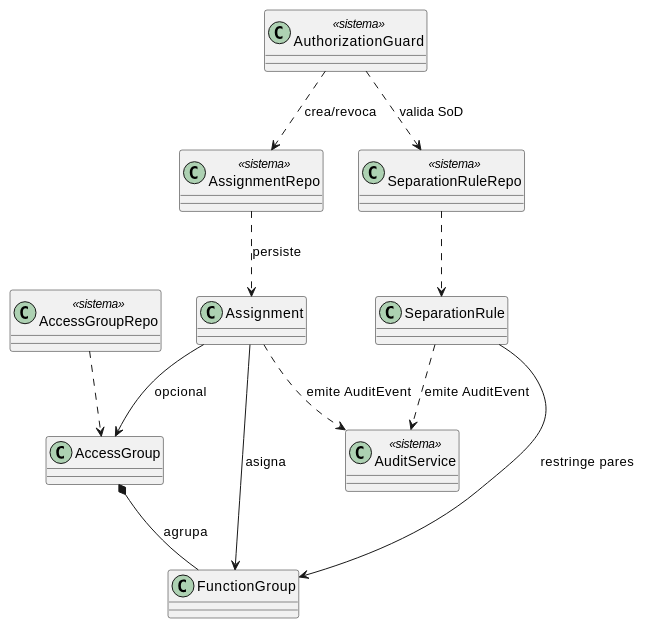
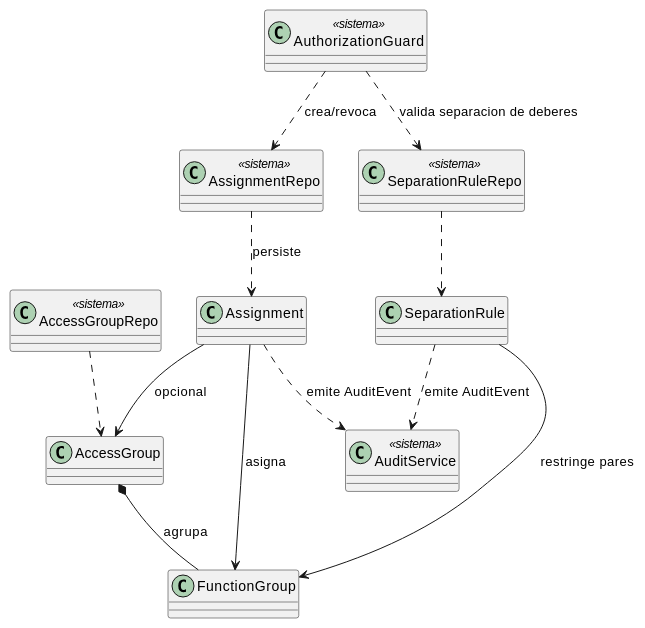
One commit to jcg-admin/IACT-docs changed the diagram in source/arquitectura-tecnica/design-view/class-access.rst. Above: the diagram before and after it, drawn with PlantUML. The commit also changed other lines of this file and 32 other files, not shown here.

```diff
--- a/source/arquitectura-tecnica/design-view/class-access.rst
+++ b/source/arquitectura-tecnica/design-view/class-access.rst
@@ -28,31 +28,31 @@
 .. uml::
  :caption: MOD_Access — clases canonicas y relaciones internas.
 
  @startuml
 
  class Assignment
  class AccessGroup
  class FunctionGroup
  class SeparationRule
  class AssignmentRepo <<sistema>>
  class AccessGroupRepo <<sistema>>
  class SeparationRuleRepo <<sistema>>
  class AuthorizationGuard <<sistema>>
  class AuditService <<sistema>>
 
  Assignment --> FunctionGroup : asigna
  Assignment --> AccessGroup : opcional
  SeparationRule --> FunctionGroup : restringe pares
  AccessGroup *-- FunctionGroup : agrupa
 
  AssignmentRepo ..> Assignment : persiste
  AccessGroupRepo ..> AccessGroup
  SeparationRuleRepo ..> SeparationRule
 
- AuthorizationGuard ..> SeparationRuleRepo : valida SoD
+ AuthorizationGuard ..> SeparationRuleRepo : valida separacion de deberes
  AuthorizationGuard ..> AssignmentRepo : crea/revoca
 
  Assignment ..> AuditService : emite AuditEvent
  SeparationRule ..> AuditService : emite AuditEvent
 
  @enduml
```
